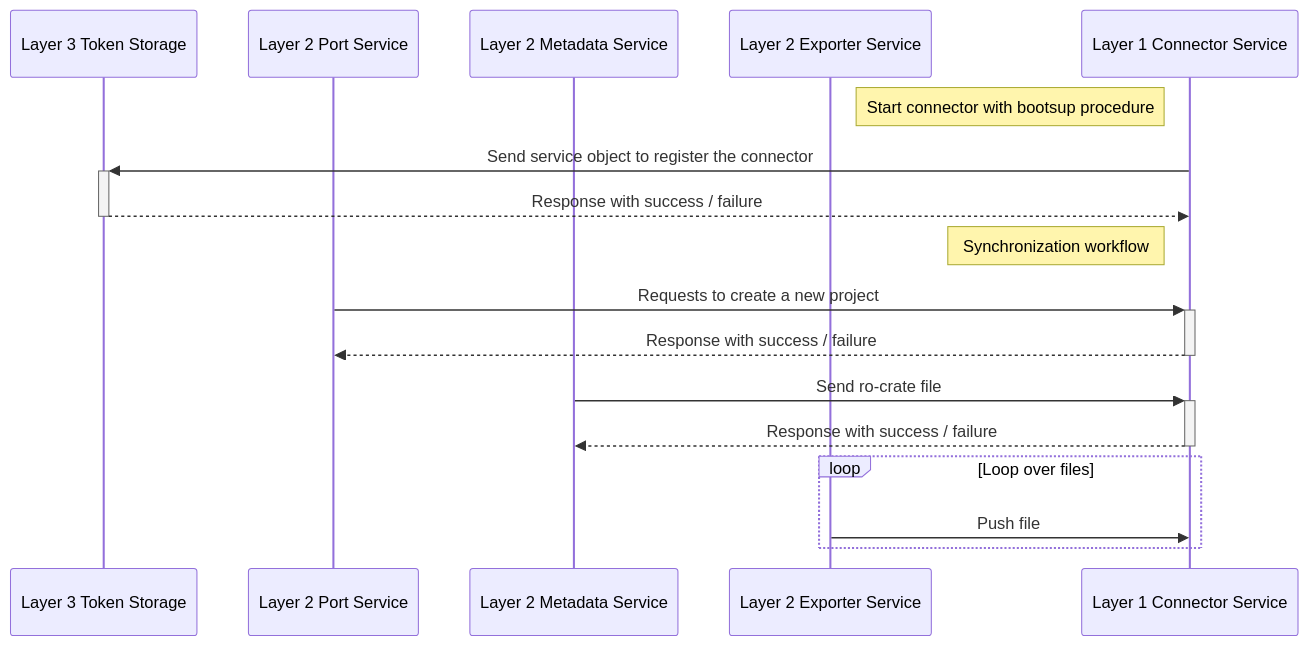
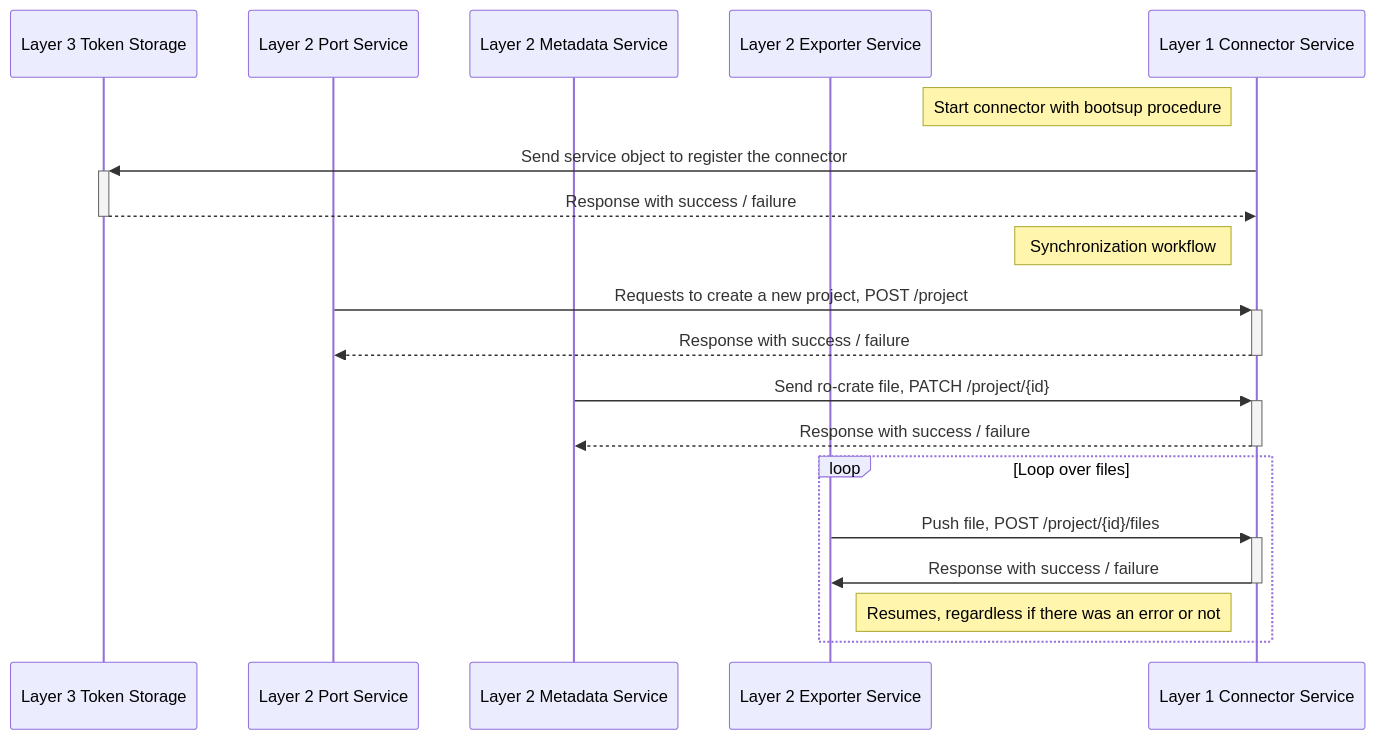
The diagram in docs/docs/documentation/development/contributing/developing-connectors.md (Sciebo-RDS/Sciebo-RDS), drawn with Mermaid before and after one commit. The commit also changed 1 other file, not shown here.

Commit message:
[doc] add request endpoints+methods for sync workflow

````diff
--- a/docs/docs/documentation/development/contributing/developing-connectors.md
+++ b/docs/docs/documentation/development/contributing/developing-connectors.md
@@ -7,23 +7,25 @@
 ```mermaid
 sequenceDiagram
   participant Token as Layer 3 Token Storage
   participant Port as Layer 2 Port Service
   participant Metadata as Layer 2 Metadata Service
   participant Exporter as Layer 2 Exporter Service
   participant Conn as Layer 1 Connector Service
 
   Note left of Conn: Start connector with bootsup procedure
   Conn->>+Token: Send service object to register the connector
   Token-->>-Conn: Response with success / failure
   
   Note left of Conn: Synchronization workflow
-  Port->>+Conn: Requests to create a new project
+  Port->>+Conn: Requests to create a new project, POST /project
   Conn-->>-Port: Response with success / failure
   
-  Metadata->>+Conn: Send ro-crate file
+  Metadata->>+Conn: Send ro-crate file, PATCH /project/{id}
   Conn-->>-Metadata: Response with success / failure
   
   Loop Loop over files
-    Exporter->>Conn: Push file
+    Exporter->>+Conn: Push file, POST /project/{id}/files
+    Conn->>-Exporter: Response with success / failure
+    Note left of Conn: Resumes, regardless if there was an error or not
   end
 ```
````
